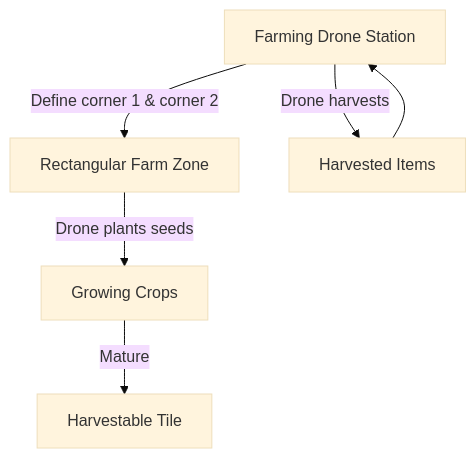
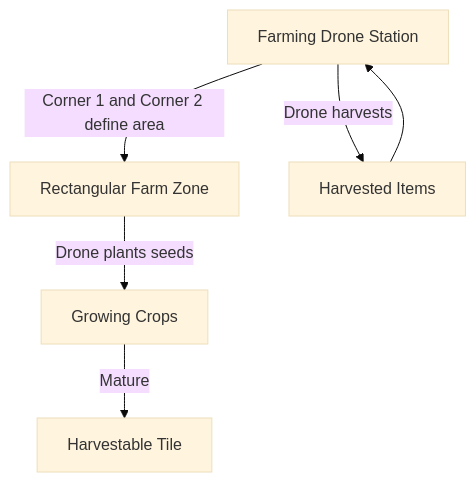
Before and after one commit to pourgb/root.works: diagram 17 of 28 in WIKI.md, drawn with Mermaid (base theme). The commit also changed other lines of this file, not shown here.

Commit message:
wiki mermaid fully fixed, all 28 diagrams verified clean (no more crying renderer)

````diff
--- a/WIKI.md
+++ b/WIKI.md
@@ -636,8 +636,8 @@
 ```mermaid
 flowchart TD
-    FarmStation[Farming Drone Station] -->|Define corner 1 & corner 2| FarmZone[Rectangular Farm Zone]
+    FarmStation[Farming Drone Station] -->|Corner 1 and Corner 2 define area| FarmZone[Rectangular Farm Zone]
     FarmZone -->|Drone plants seeds| GrowingCrops[Growing Crops]
     GrowingCrops -->|Mature| HarvestReady[Harvestable Tile]
     FarmStation -->|Drone harvests| HarvestedItems[Harvested Items]
     HarvestedItems --> FarmStation
 ```
````
